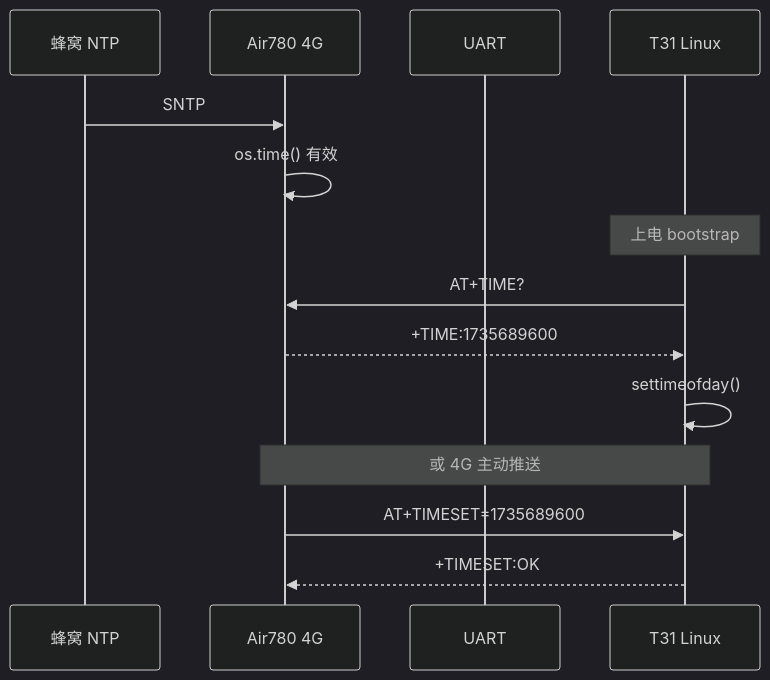
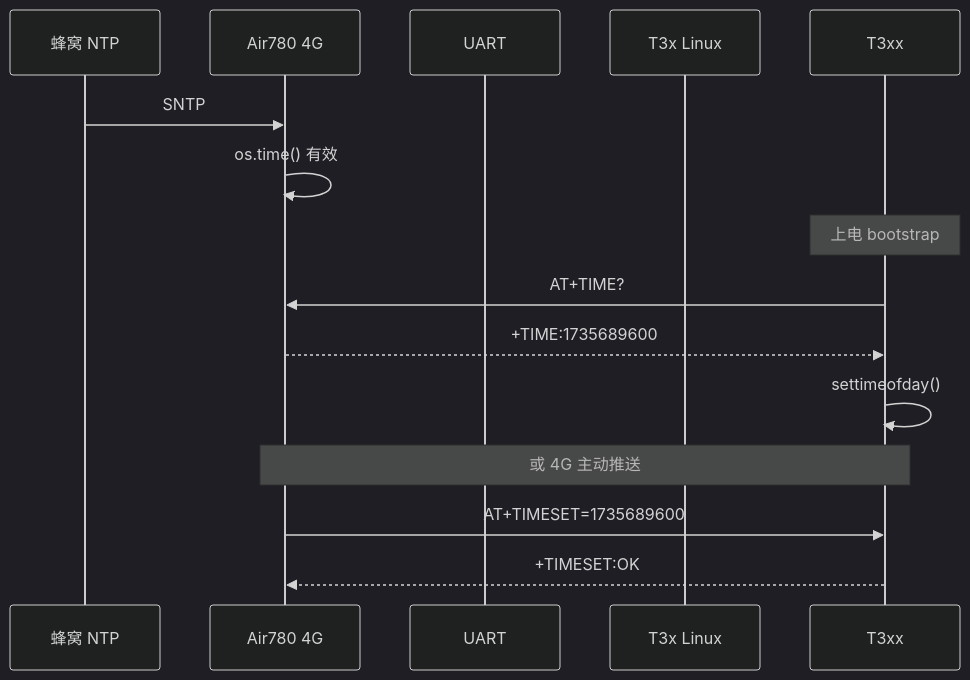
One commit to dzr1986/AIR780EHM changed the diagram in doc/TIME_SYNC.md. Above: the diagram before and after it, drawn with Mermaid (dark theme). The commit also changed other lines of this file and 107 other files, not shown here.

````diff
--- a/doc/TIME_SYNC.md
+++ b/doc/TIME_SYNC.md
@@ -19,17 +19,17 @@
 ```mermaid
 sequenceDiagram
     participant NET as 蜂窝 NTP
     participant CAT1 as Air780 4G
     participant UART as UART
-    participant T31 as T31 Linux
+    participant T3x as T3x Linux
 
     NET->>CAT1: SNTP
     CAT1->>CAT1: os.time() 有效
-    Note over T31: 上电 bootstrap
-    T31->>CAT1: AT+TIME?
-    CAT1-->>T31: +TIME:1735689600
-    T31->>T31: settimeofday()
-    Note over CAT1,T31: 或 4G 主动推送
-    CAT1->>T31: AT+TIMESET=1735689600
-    T31-->>CAT1: +TIMESET:OK
+    Note over T3xx: 上电 bootstrap
+    T3xx->>CAT1: AT+TIME?
+    CAT1-->>T3xx: +TIME:1735689600
+    T3xx->>T3xx: settimeofday()
+    Note over CAT1,T3xx: 或 4G 主动推送
+    CAT1->>T3xx: AT+TIMESET=1735689600
+    T3xx-->>CAT1: +TIMESET:OK
 ```
````
